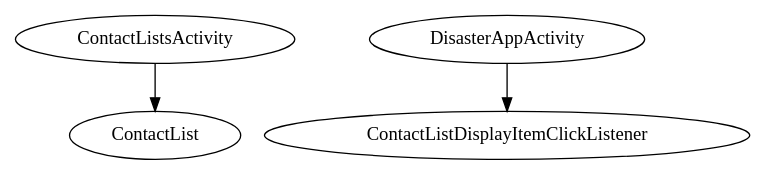
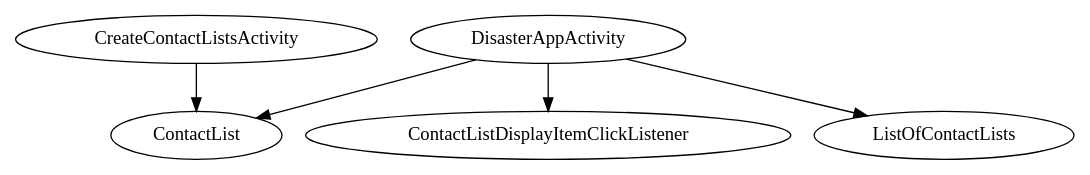
The diagram in DisasterAppActivity/.apt_generated/com/riis/dagger/DisasterAppObjectGraph.dot (riis/ProgrammingChallengeAndroid), drawn with Graphviz before and after one commit. The commit also changed 22 other files, not shown here.

Commit message:
DA-60: Enabled editing of the contact list's members. Created most of the unit tests.

```diff
--- a/DisasterAppActivity/.apt_generated/com/riis/dagger/DisasterAppObjectGraph.dot
+++ b/DisasterAppActivity/.apt_generated/com/riis/dagger/DisasterAppObjectGraph.dot
@@ -1,5 +1,7 @@
 digraph G1 {
   concentrate = true;
-  ContactListsActivity -> ContactList;
+  CreateContactListsActivity -> ContactList;
   DisasterAppActivity -> ContactListDisplayItemClickListener;
+  DisasterAppActivity -> ContactList;
+  DisasterAppActivity -> ListOfContactLists;
 }
```
